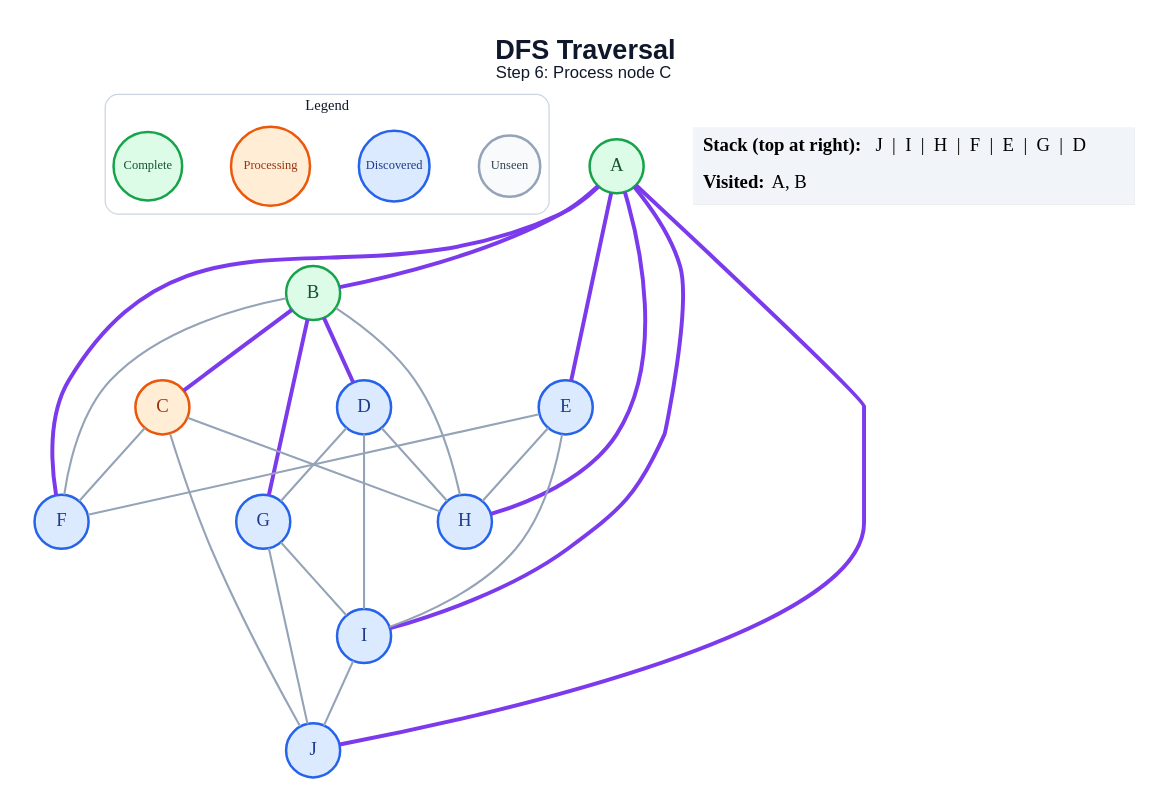
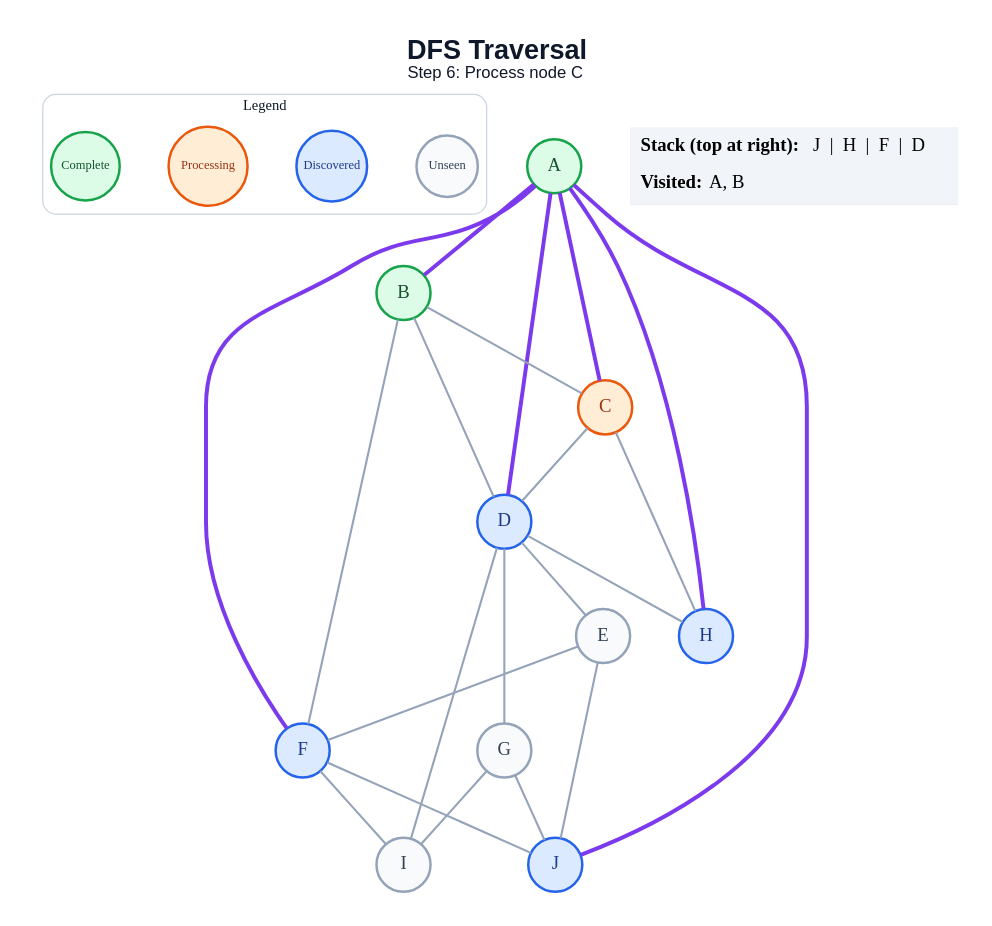
The diagram in generated/dfs/step_06.dot (amanghodawala9/ai-slop), drawn with Graphviz before and after one commit. The commit also changed 178 other files, not shown here.

```diff
--- a/generated/dfs/step_06.dot
+++ b/generated/dfs/step_06.dot
@@ -1,52 +1,50 @@
 graph traversal {
   graph [layout=dot, rankdir=TB, bgcolor="#FFFFFF", pad="0.35", nodesep="0.65", ranksep="0.8", fontname="Arial"];
   node [shape=circle, style="filled", fontname="Arial Bold", fontsize=18, width=0.72, fixedsize=true, penwidth=2.4];
   edge [color="#94A3B8", penwidth=2.0];
   label=<<B>DFS Traversal</B><BR/><FONT POINT-SIZE="16">Step 6: Process node C</FONT>>; labelloc="t"; fontsize=26; fontname="Arial"; fontcolor="#0F172A";
   subgraph cluster_legend { label="Legend"; color="#CBD5E1"; penwidth=1.2; style="rounded"; fontsize=14; fontname="Arial Bold";
     key_unseen [label="Unseen", fillcolor="#F8FAFC", color="#94A3B8", fontcolor="#334155", fontsize=12, width=0.82];
     key_frontier [label="Discovered", fillcolor="#DBEAFE", color="#2563EB", fontcolor="#1E3A8A", fontsize=12, width=0.95];
     key_current [label="Processing", fillcolor="#FFEDD5", color="#EA580C", fontcolor="#9A3412", fontsize=12, width=1.05];
     key_done [label="Complete", fillcolor="#DCFCE7", color="#16A34A", fontcolor="#14532D", fontsize=12, width=0.92];
     { rank=same; key_unseen; key_frontier; key_current; key_done; }
   }
   A [fillcolor="#DCFCE7", color="#16A34A", fontcolor="#14532D"];
   B [fillcolor="#DCFCE7", color="#16A34A", fontcolor="#14532D"];
   C [fillcolor="#FFEDD5", color="#EA580C", fontcolor="#9A3412"];
   D [fillcolor="#DBEAFE", color="#2563EB", fontcolor="#1E3A8A"];
-  E [fillcolor="#DBEAFE", color="#2563EB", fontcolor="#1E3A8A"];
+  E [fillcolor="#F8FAFC", color="#94A3B8", fontcolor="#334155"];
   F [fillcolor="#DBEAFE", color="#2563EB", fontcolor="#1E3A8A"];
-  G [fillcolor="#DBEAFE", color="#2563EB", fontcolor="#1E3A8A"];
+  G [fillcolor="#F8FAFC", color="#94A3B8", fontcolor="#334155"];
   H [fillcolor="#DBEAFE", color="#2563EB", fontcolor="#1E3A8A"];
-  I [fillcolor="#DBEAFE", color="#2563EB", fontcolor="#1E3A8A"];
+  I [fillcolor="#F8FAFC", color="#94A3B8", fontcolor="#334155"];
   J [fillcolor="#DBEAFE", color="#2563EB", fontcolor="#1E3A8A"];
   A -- B [color="#7C3AED", penwidth=3.8];
-  A -- E [color="#7C3AED", penwidth=3.8];
+  A -- C [color="#7C3AED", penwidth=3.8];
+  A -- D [color="#7C3AED", penwidth=3.8];
   A -- F [color="#7C3AED", penwidth=3.8];
   A -- H [color="#7C3AED", penwidth=3.8];
-  A -- I [color="#7C3AED", penwidth=3.8];
   A -- J [color="#7C3AED", penwidth=3.8];
-  B -- C [color="#7C3AED", penwidth=3.8];
-  B -- D [color="#7C3AED", penwidth=3.8];
+  B -- C;
+  B -- D;
   B -- F;
-  B -- G [color="#7C3AED", penwidth=3.8];
-  B -- H;
-  C -- F;
+  C -- D;
   C -- H;
-  C -- J;
+  D -- E;
   D -- G;
   D -- H;
   D -- I;
   E -- F;
-  E -- H;
-  E -- I;
+  E -- J;
+  F -- I;
+  F -- J;
   G -- I;
   G -- J;
-  I -- J;
   status [shape=plain, fixedsize=false, width=0, height=0, margin=0, label=<
     <TABLE BORDER="0" CELLBORDER="0" CELLPADDING="7" BGCOLOR="#F1F5F9">
-      <TR><TD ALIGN="LEFT"><B>Stack (top at right):</B> J  |  I  |  H  |  F  |  E  |  G  |  D</TD></TR>
+      <TR><TD ALIGN="LEFT"><B>Stack (top at right):</B> J  |  H  |  F  |  D</TD></TR>
       <TR><TD ALIGN="LEFT"><B>Visited:</B> A, B</TD></TR>
     </TABLE>
   >];
 }
```
